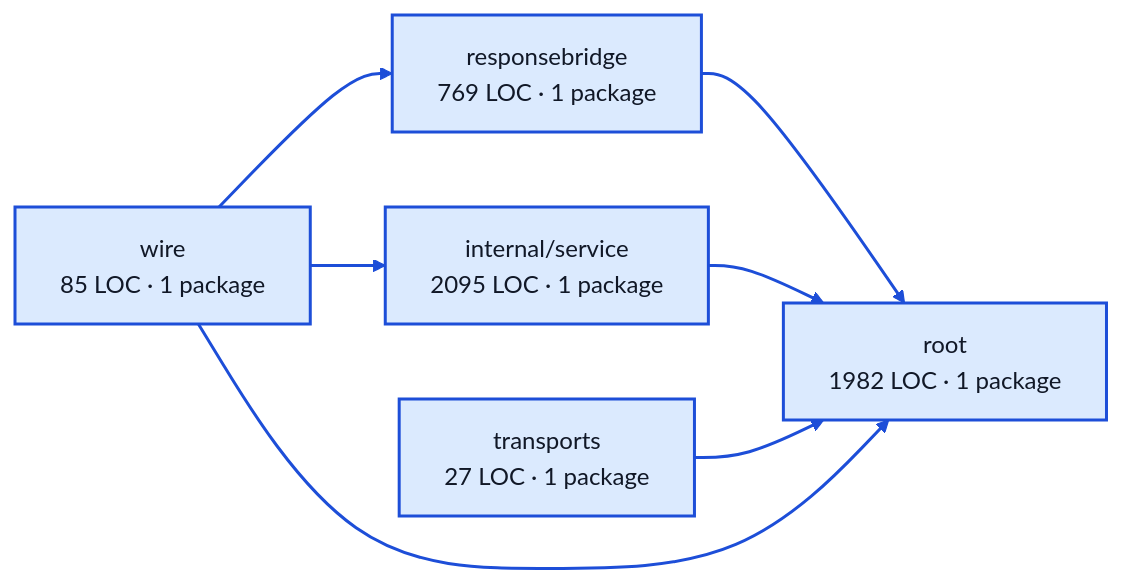
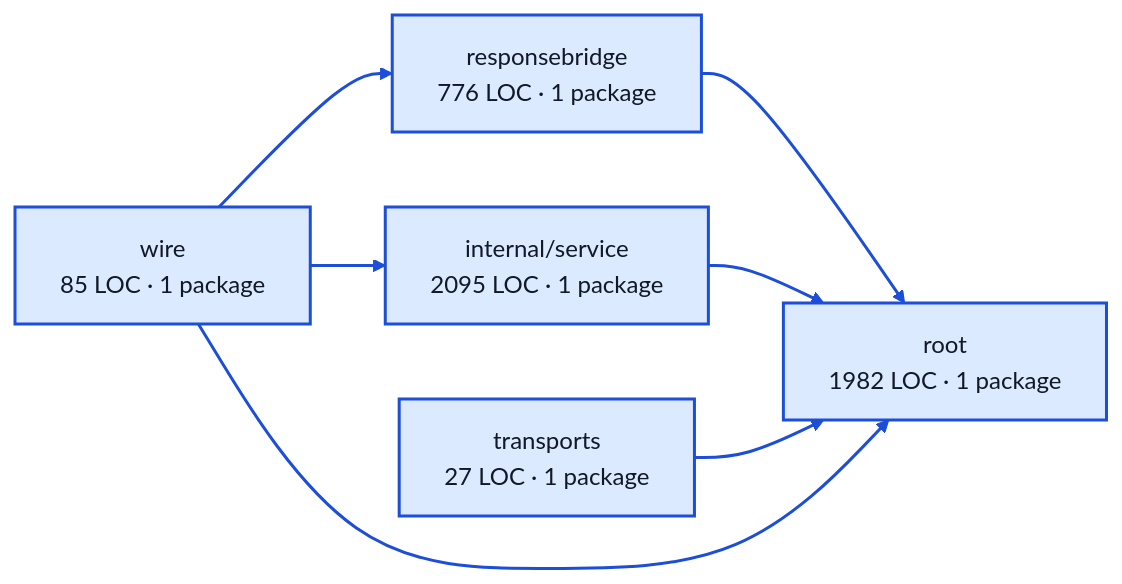
One commit to portpowered/you-agent-factory changed the diagram in docs/architecture/visualizations/services/chat_sessions.md. Above: the diagram before and after it, drawn with Mermaid (base theme). The commit also changed other lines of this file and 20 other files, not shown here.

Commit message:
docs: refresh backend architecture visualizations

````diff
--- a/docs/architecture/visualizations/services/chat_sessions.md
+++ b/docs/architecture/visualizations/services/chat_sessions.md
@@ -11,20 +11,20 @@
 ```mermaid
 flowchart LR
-  p0["responsebridge<br/>769 LOC · 1 package"]
+  p0["responsebridge<br/>776 LOC · 1 package"]
   p1["internal/service<br/>2095 LOC · 1 package"]
   p2["root<br/>1982 LOC · 1 package"]
   p3["transports<br/>27 LOC · 1 package"]
   p4["wire<br/>85 LOC · 1 package"]
   p0 --> p2
   p1 --> p2
   p3 --> p2
   p4 --> p0
   p4 --> p1
   p4 --> p2
   style p0 fill:#dbeafe,stroke:#1d4ed8,stroke-width:2px,color:#111827
   style p1 fill:#dbeafe,stroke:#1d4ed8,stroke-width:2px,color:#111827
   style p2 fill:#dbeafe,stroke:#1d4ed8,stroke-width:2px,color:#111827
   style p3 fill:#dbeafe,stroke:#1d4ed8,stroke-width:2px,color:#111827
   style p4 fill:#dbeafe,stroke:#1d4ed8,stroke-width:2px,color:#111827
   linkStyle default stroke:#1d4ed8,stroke-width:2px
 ```
````
